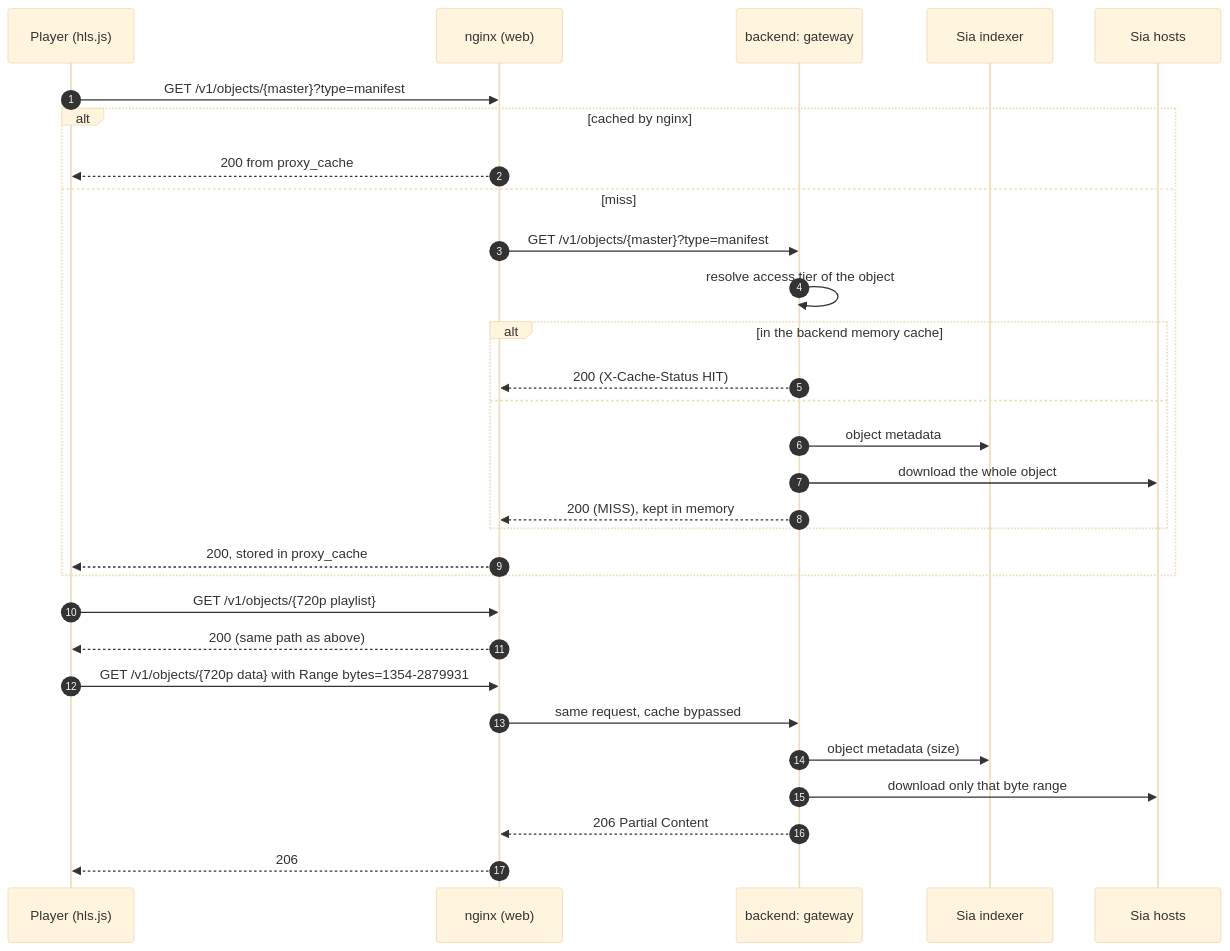
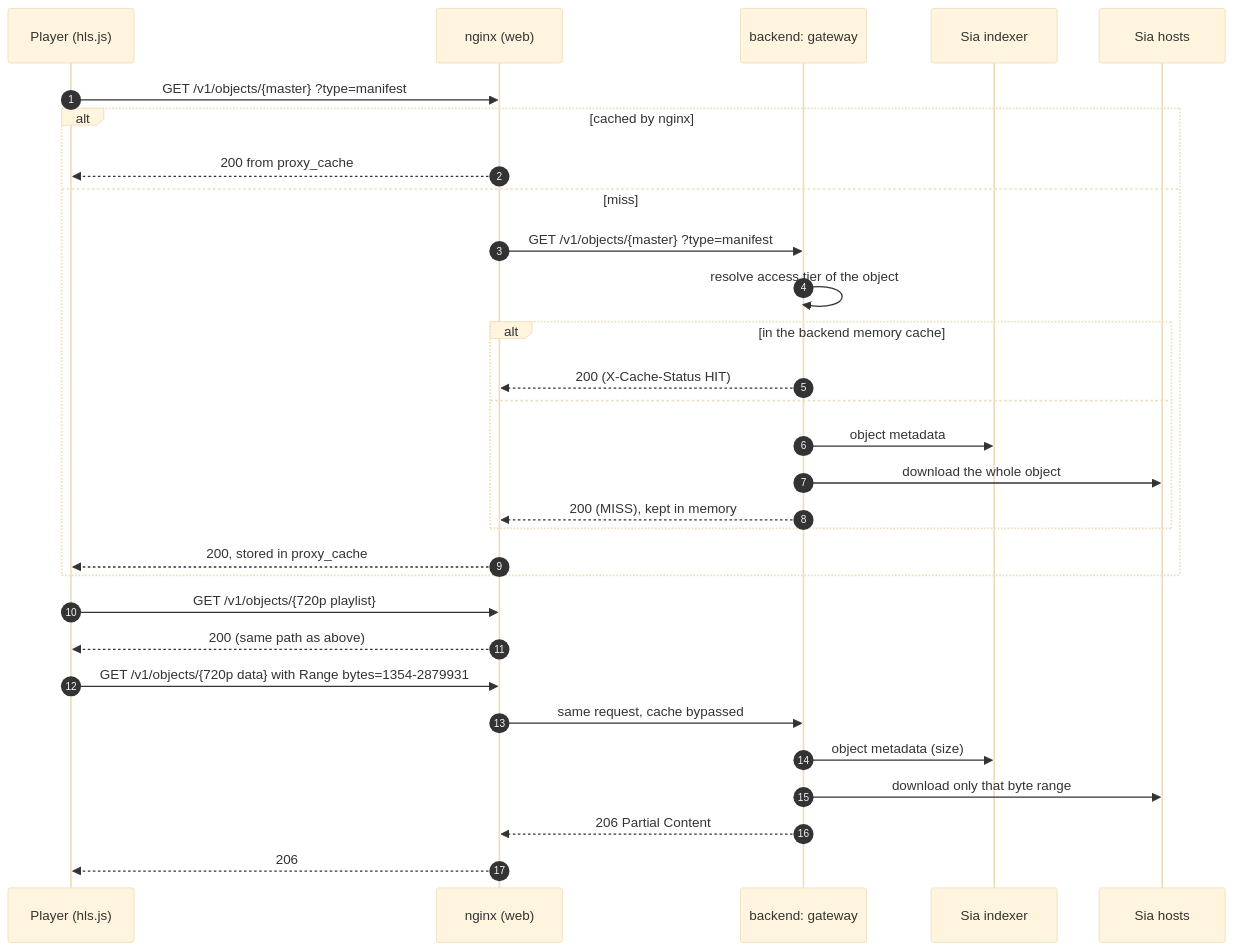
One commit to justmert/Sluby changed the first of 2 diagrams in docs/architecture/playback.md. Above: the diagram before and after it, drawn with Mermaid (base theme). The commit also changed 5 other files, not shown here.

Commit message:
lay out the architecture diagrams to fit the content column

````diff
--- a/docs/architecture/playback.md
+++ b/docs/architecture/playback.md
@@ -30,33 +30,33 @@
 ```mermaid
 sequenceDiagram
   autonumber
   participant P as Player (hls.js)
   participant N as nginx (web)
   participant G as backend: gateway
   participant I as Sia indexer
   participant H as Sia hosts
 
-  P->>N: GET /v1/objects/{master}?type=manifest
+  P->>N: GET /v1/objects/{master} ?type=manifest
   alt cached by nginx
     N-->>P: 200 from proxy_cache
   else miss
-    N->>G: GET /v1/objects/{master}?type=manifest
+    N->>G: GET /v1/objects/{master} ?type=manifest
     G->>G: resolve access tier of the object
     alt in the backend memory cache
       G-->>N: 200 (X-Cache-Status HIT)
     else
       G->>I: object metadata
       G->>H: download the whole object
       G-->>N: 200 (MISS), kept in memory
     end
     N-->>P: 200, stored in proxy_cache
   end
   P->>N: GET /v1/objects/{720p playlist}
   N-->>P: 200 (same path as above)
   P->>N: GET /v1/objects/{720p data} with Range bytes=1354-2879931
   N->>G: same request, cache bypassed
   G->>I: object metadata (size)
   G->>H: download only that byte range
   G-->>N: 206 Partial Content
   N-->>P: 206
 ```
````
